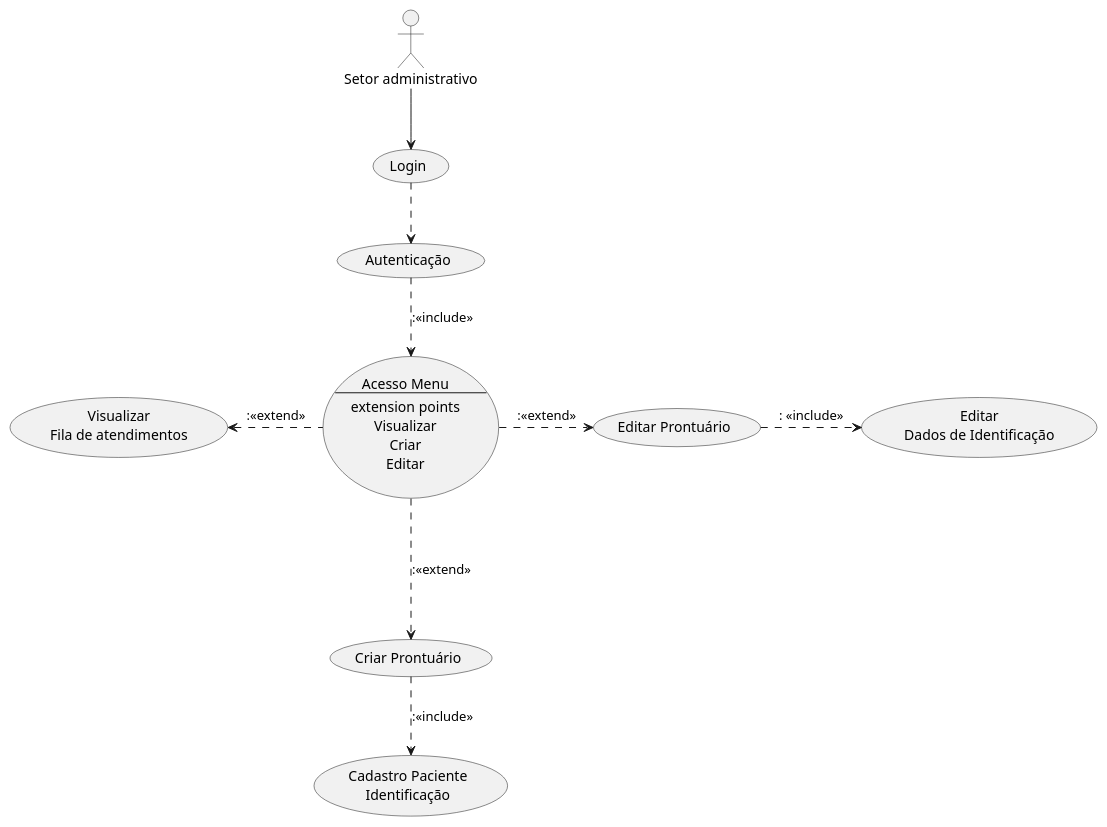
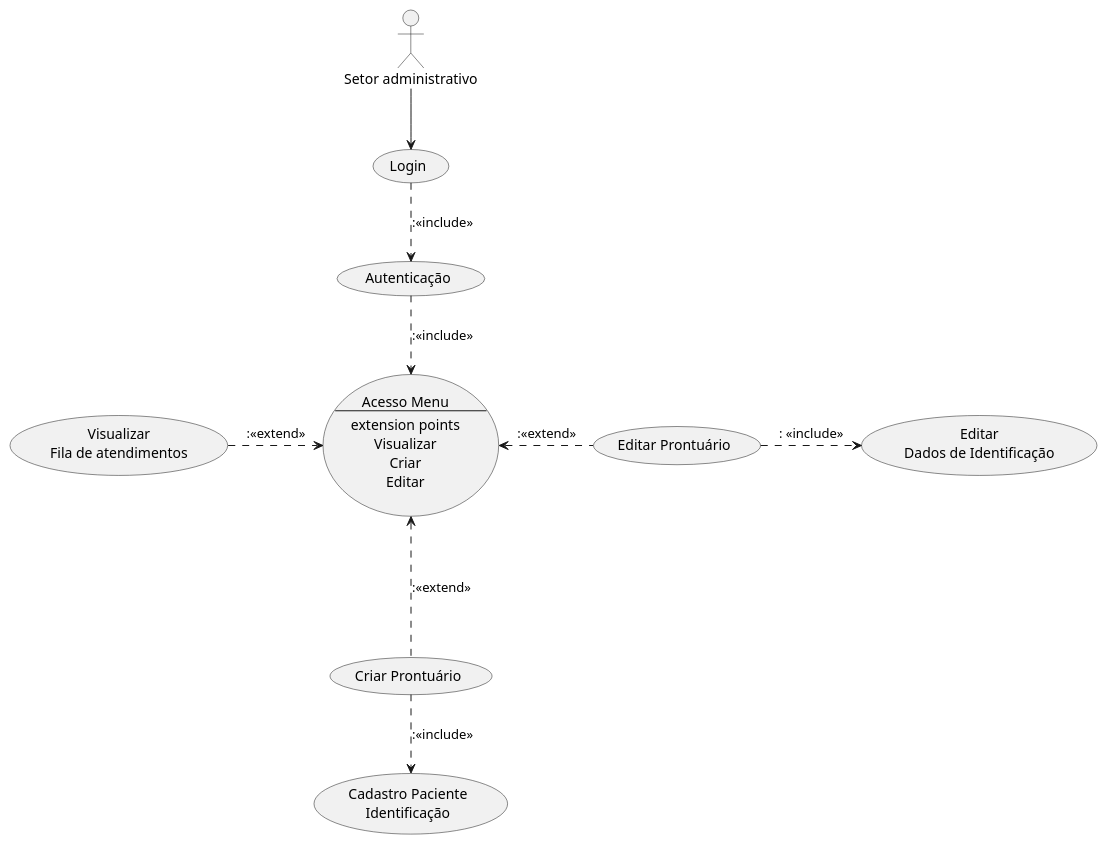
The diagram in Software Engineering Documentation/Documents/UML Modeling/Usecase Diagram/usecase_diagram_admnistrativo.puml (alexandrelpgillet/SW-de-gerenciamento-de-prontu-rio-eletr-nico-em-Unidade-de-Pronto-Atendimento-UPA-), drawn with PlantUML before and after one commit. The commit also changed 2 other files, not shown here.

Commit message:
fix <<extend>> relation in usecase_diagram's

```diff
--- a/Software Engineering Documentation/Documents/UML Modeling/Usecase Diagram/usecase_diagram_admnistrativo.puml
+++ b/Software Engineering Documentation/Documents/UML Modeling/Usecase Diagram/usecase_diagram_admnistrativo.puml
@@ -1,28 +1,28 @@
 @startuml Diagrama caso de uso setor administrativo
 
 :Setor administrativo: as User
 
 User-->(Login)
 
 
 
 
-(Login)..>(Autenticação)
+(Login)..>(Autenticação) ::<<include>>
 
 (Autenticação)..>(Acesso Menu\n--\nextension points\nVisualizar\nCriar\nEditar)::<<include>>
 
-(Acesso Menu\n--\nextension points\nVisualizar\nCriar\nEditar) -down..>(Criar Prontuário) ::<<extend>>
+(Acesso Menu\n--\nextension points\nVisualizar\nCriar\nEditar) <..-down(Criar Prontuário) ::<<extend>>
 
 
 
 (Criar Prontuário)..>(Cadastro Paciente\nIdentificação) ::<<include>>
 
-(Acesso Menu\n--\nextension points\nVisualizar\nCriar\nEditar) -right..>(Editar Prontuário) ::<<extend>>
+(Acesso Menu\n--\nextension points\nVisualizar\nCriar\nEditar) <..-right(Editar Prontuário) ::<<extend>>
 
 (Editar Prontuário)-right..>(Editar\nDados de Identificação) :: <<include>>
 
-(Acesso Menu\n--\nextension points\nVisualizar\nCriar\nEditar) -left..>(Visualizar\nFila de atendimentos) ::<<extend>>
+(Acesso Menu\n--\nextension points\nVisualizar\nCriar\nEditar) <..-left(Visualizar\nFila de atendimentos) ::<<extend>>
 
 
 
 @endluml
```
